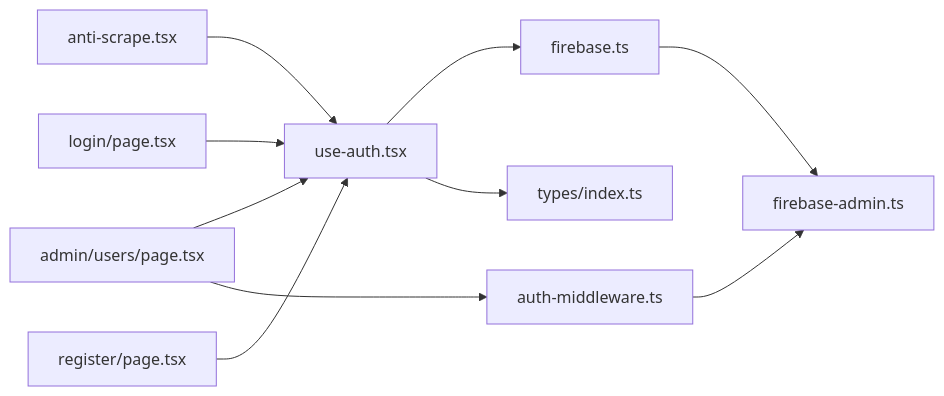
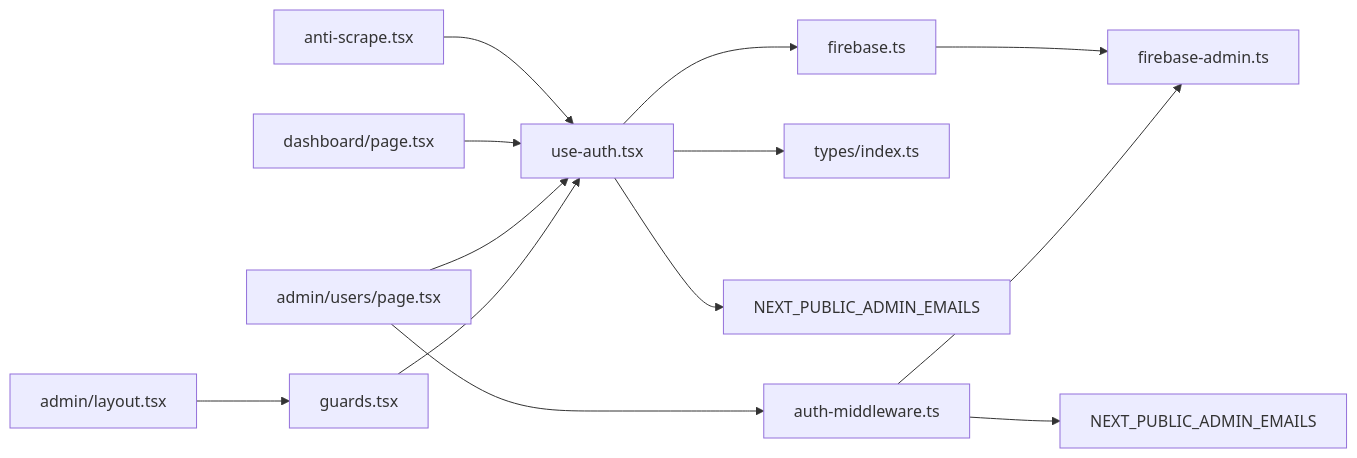
One commit to alikizang/datafrica changed the fifth of 5 diagrams in .qoder/repowiki/en/content/Authentication System/Authentication System.md. Above: the diagram before and after it, drawn with Mermaid. The commit also changed other lines of this file and 21 other files, not shown here.

````diff
--- a/.qoder/repowiki/en/content/Authentication System/Authentication System.md
+++ b/.qoder/repowiki/en/content/Authentication System/Authentication System.md
@@ -292,12 +519,15 @@
 ```mermaid
 graph LR
 UA["use-auth.tsx"] --> FA["firebase.ts"]
 UA --> T["types/index.ts"]
+UA --> ENV["NEXT_PUBLIC_ADMIN_EMAILS"]
+AG["guards.tsx"] --> UA
+AU["admin/layout.tsx"] --> AG
+AU2["admin/users/page.tsx"] --> UA
+DB["dashboard/page.tsx"] --> UA
 AS["anti-scrape.tsx"] --> UA
-LG["login/page.tsx"] --> UA
-RG["register/page.tsx"] --> UA
-AU["admin/users/page.tsx"] --> UA
-AU --> AM["auth-middleware.ts"]
+AU2 --> AM["auth-middleware.ts"]
 AM --> FAA["firebase-admin.ts"]
+AM --> ENV2["NEXT_PUBLIC_ADMIN_EMAILS"]
 FA --> FAA
 ```
````
